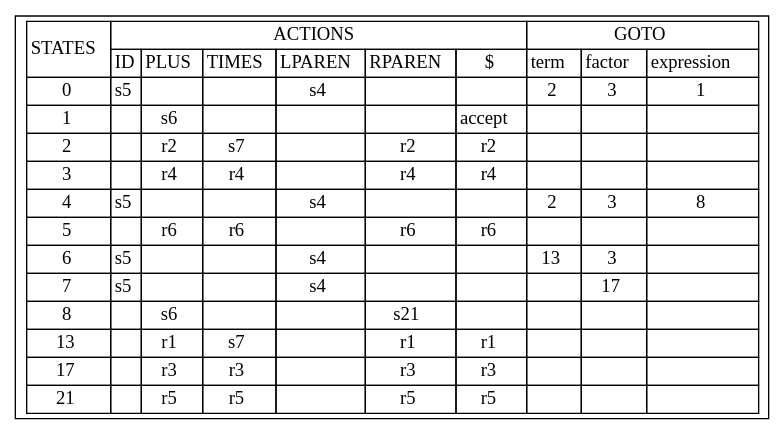
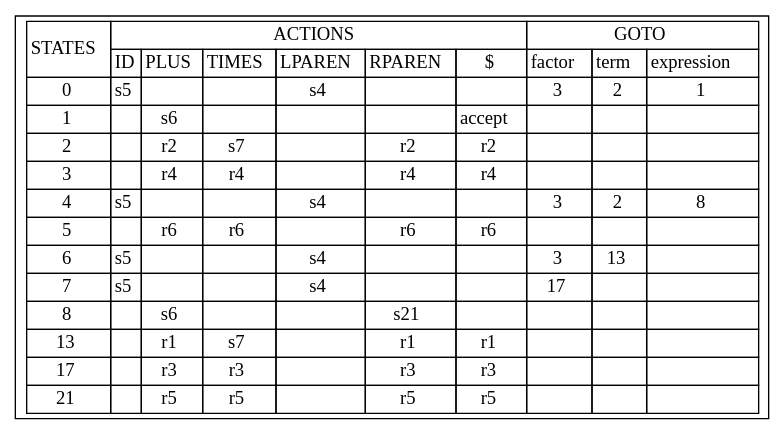
Before and after one commit to bryannalfaro/Dise-odeLenguajes: the diagram in test-output/Digraph.gv, drawn with Graphviz. The commit also changed 17 other files, not shown here.

```diff
--- a/test-output/Digraph.gv
+++ b/test-output/Digraph.gv
@@ -1,5 +1,5 @@
 digraph {
 	node [shape=record]
 	rankdir=LR
-	table [label=<<table border="0" cellborder="1" cellspacing="0"><tr><td rowspan="2">STATES</td><td colspan="6">ACTIONS</td><td colspan="3">GOTO</td></tr><tr><td>ID</td><td>PLUS</td><td>TIMES</td><td>LPAREN</td><td>RPAREN</td><td>$</td><td>term</td><td>factor</td><td>expression</td></tr><tr><td>0</td><td>s5</td><td></td><td></td><td>s4</td><td></td><td></td><td>2</td><td>3</td><td>1</td></tr><tr><td>1</td><td></td><td>s6</td><td></td><td></td><td></td><td>accept</td><td></td><td></td><td></td></tr><tr><td>2</td><td></td><td>r2</td><td>s7</td><td></td><td>r2</td><td>r2</td><td></td><td></td><td></td></tr><tr><td>3</td><td></td><td>r4</td><td>r4</td><td></td><td>r4</td><td>r4</td><td></td><td></td><td></td></tr><tr><td>4</td><td>s5</td><td></td><td></td><td>s4</td><td></td><td></td><td>2</td><td>3</td><td>8</td></tr><tr><td>5</td><td></td><td>r6</td><td>r6</td><td></td><td>r6</td><td>r6</td><td></td><td></td><td></td></tr><tr><td>6</td><td>s5</td><td></td><td></td><td>s4</td><td></td><td></td><td>13</td><td>3</td><td></td></tr><tr><td>7</td><td>s5</td><td></td><td></td><td>s4</td><td></td><td></td><td></td><td>17</td><td></td></tr><tr><td>8</td><td></td><td>s6</td><td></td><td></td><td>s21</td><td></td><td></td><td></td><td></td></tr><tr><td>13</td><td></td><td>r1</td><td>s7</td><td></td><td>r1</td><td>r1</td><td></td><td></td><td></td></tr><tr><td>17</td><td></td><td>r3</td><td>r3</td><td></td><td>r3</td><td>r3</td><td></td><td></td><td></td></tr><tr><td>21</td><td></td><td>r5</td><td>r5</td><td></td><td>r5</td><td>r5</td><td></td><td></td><td></td></tr></table>>]
+	table [label=<<table border="0" cellborder="1" cellspacing="0"><tr><td rowspan="2">STATES</td><td colspan="6">ACTIONS</td><td colspan="3">GOTO</td></tr><tr><td>ID</td><td>PLUS</td><td>TIMES</td><td>LPAREN</td><td>RPAREN</td><td>$</td><td>factor</td><td>term</td><td>expression</td></tr><tr><td>0</td><td>s5</td><td></td><td></td><td>s4</td><td></td><td></td><td>3</td><td>2</td><td>1</td></tr><tr><td>1</td><td></td><td>s6</td><td></td><td></td><td></td><td>accept</td><td></td><td></td><td></td></tr><tr><td>2</td><td></td><td>r2</td><td>s7</td><td></td><td>r2</td><td>r2</td><td></td><td></td><td></td></tr><tr><td>3</td><td></td><td>r4</td><td>r4</td><td></td><td>r4</td><td>r4</td><td></td><td></td><td></td></tr><tr><td>4</td><td>s5</td><td></td><td></td><td>s4</td><td></td><td></td><td>3</td><td>2</td><td>8</td></tr><tr><td>5</td><td></td><td>r6</td><td>r6</td><td></td><td>r6</td><td>r6</td><td></td><td></td><td></td></tr><tr><td>6</td><td>s5</td><td></td><td></td><td>s4</td><td></td><td></td><td>3</td><td>13</td><td></td></tr><tr><td>7</td><td>s5</td><td></td><td></td><td>s4</td><td></td><td></td><td>17</td><td></td><td></td></tr><tr><td>8</td><td></td><td>s6</td><td></td><td></td><td>s21</td><td></td><td></td><td></td><td></td></tr><tr><td>13</td><td></td><td>r1</td><td>s7</td><td></td><td>r1</td><td>r1</td><td></td><td></td><td></td></tr><tr><td>17</td><td></td><td>r3</td><td>r3</td><td></td><td>r3</td><td>r3</td><td></td><td></td><td></td></tr><tr><td>21</td><td></td><td>r5</td><td>r5</td><td></td><td>r5</td><td>r5</td><td></td><td></td><td></td></tr></table>>]
 }
```
